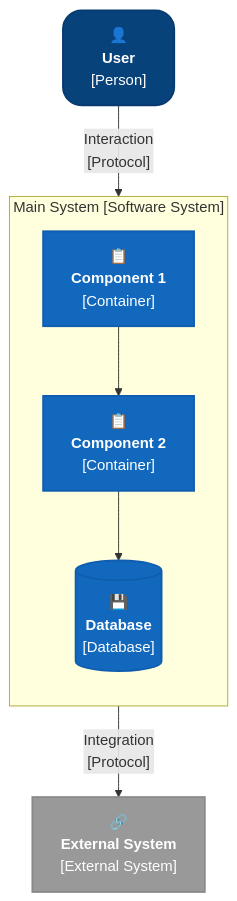
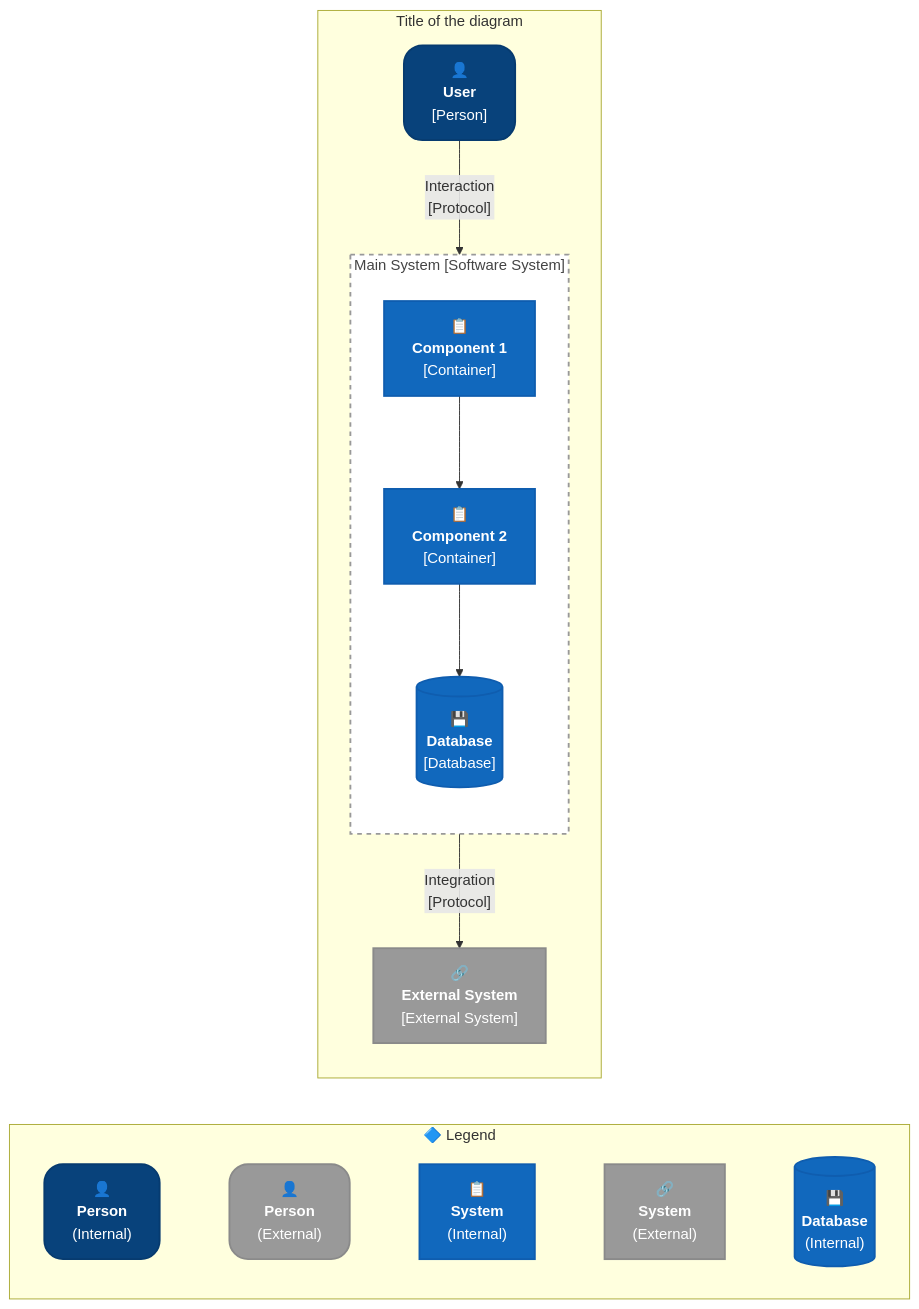
One commit to LockTar/C4-Modeling-in-Mermaid changed the eighth of 8 diagrams in .github/skills/c4-mermaid-diagrams/references/C4-Context-Diagram-Mermaid-Flowchart-Cheatsheet.md. Above: the diagram before and after it, drawn with Mermaid. The commit also changed other lines of this file and 1 other file, not shown here.

Commit message:
Update C4 Context Diagram Cheatsheet for improved boundary styling and add diagram legend

````diff
--- a/.github/skills/c4-mermaid-diagrams/references/C4-Context-Diagram-Mermaid-Flowchart-Cheatsheet.md
+++ b/.github/skills/c4-mermaid-diagrams/references/C4-Context-Diagram-Mermaid-Flowchart-Cheatsheet.md
@@ -412,43 +412,68 @@
 ```mermaid
 flowchart TB
     %% ===== STYLES =====
     classDef Person fill:#08427b,stroke:#073b6f,color:#fff,rx:20px,ry:20px,stroke-width:2px;
     classDef PersonExt fill:#999999,stroke:#8a8a8a,color:#fff,rx:20px,ry:20px,stroke-width:2px;
     classDef System fill:#1168bd,stroke:#0f5daf,color:#fff,stroke-width:2px;
     classDef SystemExt fill:#999999,stroke:#8a8a8a,color:#fff,stroke-width:2px;
     classDef SystemDb fill:#1168bd,stroke:#0f5daf,color:#fff,stroke-width:2px;
     classDef SystemDbExt fill:#999999,stroke:#8a8a8a,color:#fff,stroke-width:2px;
     classDef SystemQueue fill:#1168bd,stroke:#0f5daf,color:#fff,stroke-width:2px;
     classDef SystemQueueExt fill:#999999,stroke:#8a8a8a,color:#fff,stroke-width:2px;
-    classDef SystemBoundary fill:none,stroke:#999,stroke-width:2px,stroke-dasharray: 5 5,color:#444;
-    classDef EnterpriseBoundary fill:none,stroke:#444,stroke-width:3px,stroke-dasharray: 5 5,color:#444;
+    classDef SystemBoundary fill:#fff,stroke:#999,stroke-width:2px,stroke-dasharray: 5 5,color:#444;
+    classDef EnterpriseBoundary fill:#fff,stroke:#444,stroke-width:3px,stroke-dasharray: 5 5,color:#444;
 
-    %% ===== ACTORS =====
-    user1["👤<br/><b>User</b><br/>[Person]"]
+    subgraph main["Title of the diagram"]
+        direction TB
+        %% ===== ACTORS =====
+        user1["👤<br/><b>User</b><br/>[Person]"]
 
-    class user1 Person
+        class user1 Person
 
-    %% ===== MAIN SYSTEM BOUNDARY =====
-    subgraph sys["Main System [Software System]"]
-        direction TB
-        comp1["📋<br/><b>Component 1</b><br/>[Container]"]
-        comp2["📋<br/><b>Component 2</b><br/>[Container]"]
-        db[("💾<br/><b>Database</b><br/>[Database]")]
+        %% ===== MAIN SYSTEM BOUNDARY =====
+        subgraph sys["Main System [Software System]"]
+            direction TB
+            comp1["📋<br/><b>Component 1</b><br/>[Container]"]
+            comp2["📋<br/><b>Component 2</b><br/>[Container]"]
+            db[("💾<br/><b>Database</b><br/>[Database]")]
 
-        class comp1,comp2 System
-        class db SystemDb
+            class comp1,comp2 System
+            class db SystemDb
 
-        comp1 --> comp2
-        comp2 --> db
+            comp1 --> comp2
+            comp2 --> db
+        end
+        class sys SystemBoundary;
+
+        %% ===== EXTERNAL SYSTEMS =====
+        ext1["🔗<br/><b>External System</b><br/>[External System]"]
+
+        class ext1 SystemExt
+
+        %% ===== RELATIONSHIPS =====
+        user1 -->|"Interaction<br/>[Protocol]"| comp1
+        comp1 -->|"Integration<br/>[Protocol]"| ext1
+
     end
-    class sys SystemBoundary;
 
-    %% ===== EXTERNAL SYSTEMS =====
-    ext1["🔗<br/><b>External System</b><br/>[External System]"]
+    %% ===== LEGEND =====
+    subgraph legend["🔷 Legend"]
+        direction LR
+        leg1["👤<br/><b>Person</b><br/>(Internal)"]
+        leg2["👤<br/><b>Person</b><br/>(External)"]
+        leg3["📋<br/><b>System</b><br/>(Internal)"]
+        leg4["🔗<br/><b>System</b><br/>(External)"]
+        leg5[("💾<br/><b>Database</b><br/>(Internal)")]
 
-    class ext1 SystemExt
+        leg1 ~~~ leg2 ~~~ leg3 ~~~ leg4 ~~~ leg5
 
-    %% ===== RELATIONSHIPS =====
-    user1 -->|"Interaction<br/>[Protocol]"| sys
-    sys -->|"Integration<br/>[Protocol]"| ext1
+        class leg1 Person
+        class leg2 PersonExt
+        class leg3 System
+        class leg4 SystemExt
+        class leg5 SystemDb
+    end
+    class legend SystemBoundary
+
+    main ~~~ legend
 ```
````
